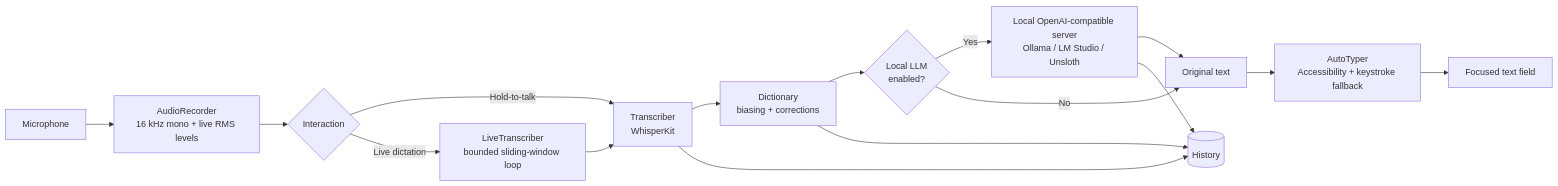
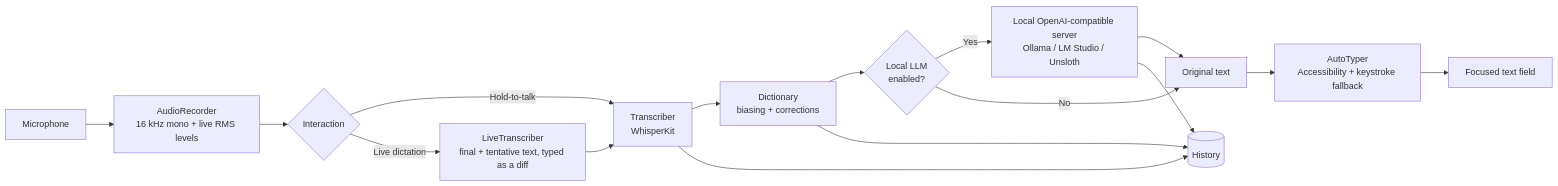
The diagram in README.md (behkha/notchwhisper), drawn with Mermaid before and after one commit. The commit also changed other lines of this file and 18 other files, not shown here.

First line of the commit message:
feat: live dictation as live captions

````diff
--- a/README.md
+++ b/README.md
@@ -280,18 +281,18 @@
 ```mermaid
 flowchart LR
     A[Microphone] --> B[AudioRecorder<br/>16 kHz mono + live RMS levels]
     B --> C{Interaction}
     C -->|Hold-to-talk| D[Transcriber<br/>WhisperKit]
-    C -->|Live dictation| E[LiveTranscriber<br/>bounded sliding-window loop]
+    C -->|Live dictation| E[LiveTranscriber<br/>final + tentative text, typed as a diff]
     E --> D
     D --> F[Dictionary<br/>biasing + corrections]
     F --> G{Local LLM<br/>enabled?}
     G -->|Yes| H[Local OpenAI-compatible server<br/>Ollama / LM Studio / Unsloth]
     G -->|No| I[Original text]
     H --> I
     I --> J[AutoTyper<br/>Accessibility + keystroke fallback]
     J --> K[Focused text field]
     D --> L[(History)]
     F --> L
     H --> L
 ```
````
